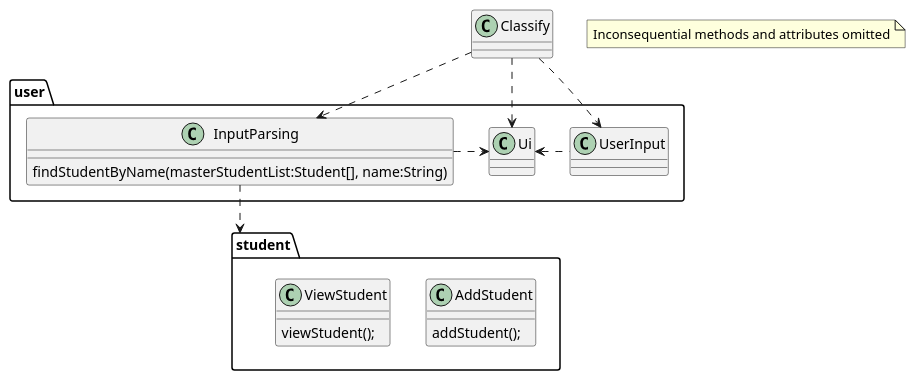
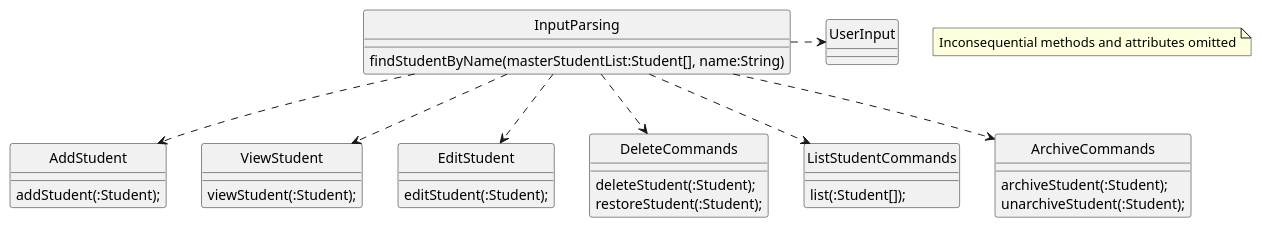
The diagram in docs/diagrams/src/InputParsing/InputParsing.puml (blackmirag3/Classify), drawn with PlantUML before and after one commit. The commit also changed 5 other files, not shown here.

```diff
--- a/docs/diagrams/src/InputParsing/InputParsing.puml
+++ b/docs/diagrams/src/InputParsing/InputParsing.puml
@@ -1,40 +1,47 @@
 @startuml InputParsing
+hide circle
+note "Inconsequential methods and attributes omitted" as n1
 
-class Classify {
-    
+class InputParsing {
+    findStudentByName(masterStudentList:Student[], name:String)
 }
 
-package user {
-    class InputParsing {
-        findStudentByName(masterStudentList:Student[], name:String)
-    }
+class UserInput {
 
-    class Ui {
-
-    }
-
-    class UserInput {
-
-    }
 }
 
-package student {
-    class AddStudent {
-        addStudent();
-    }
-
-    class ViewStudent {
-        viewStudent();
-    }
+class AddStudent {
+    addStudent(:Student);
 }
 
-Classify ..> InputParsing
-Classify ..> UserInput
-Classify ..> Ui
-UserInput ...l> Ui
-InputParsing ...r> Ui
-InputParsing ..> student
+class ViewStudent {
+    viewStudent(:Student);
+}
 
-note "Inconsequential methods and attributes omitted" as N1
+class EditStudent {
+    editStudent(:Student);
+}
+
+class DeleteCommands{
+    deleteStudent(:Student);
+    restoreStudent(:Student);
+}
+
+class ListStudentCommands {
+    list(:Student[]);
+}
+
+class ArchiveCommands {
+    archiveStudent(:Student);
+    unarchiveStudent(:Student);
+}
+
+InputParsing ..r> UserInput
+InputParsing ..> AddStudent
+InputParsing ..> ViewStudent
+InputParsing ..> EditStudent
+InputParsing ..> DeleteCommands
+InputParsing ..> ListStudentCommands
+InputParsing ..> ArchiveCommands
 
 @enduml
```
